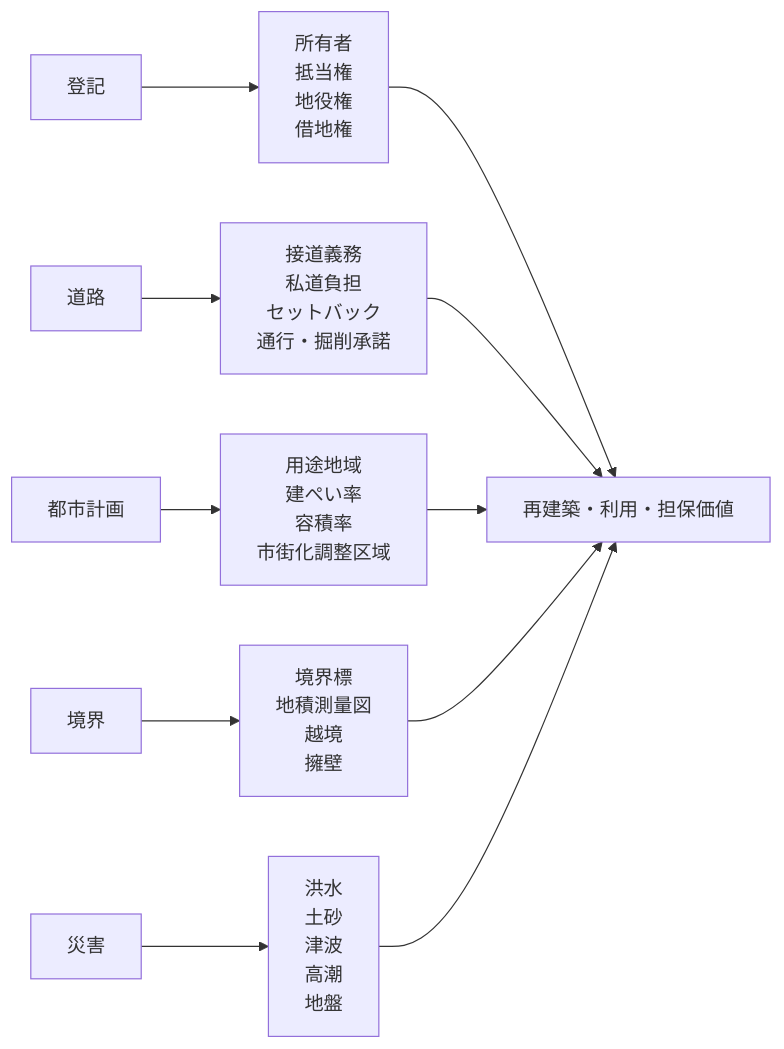
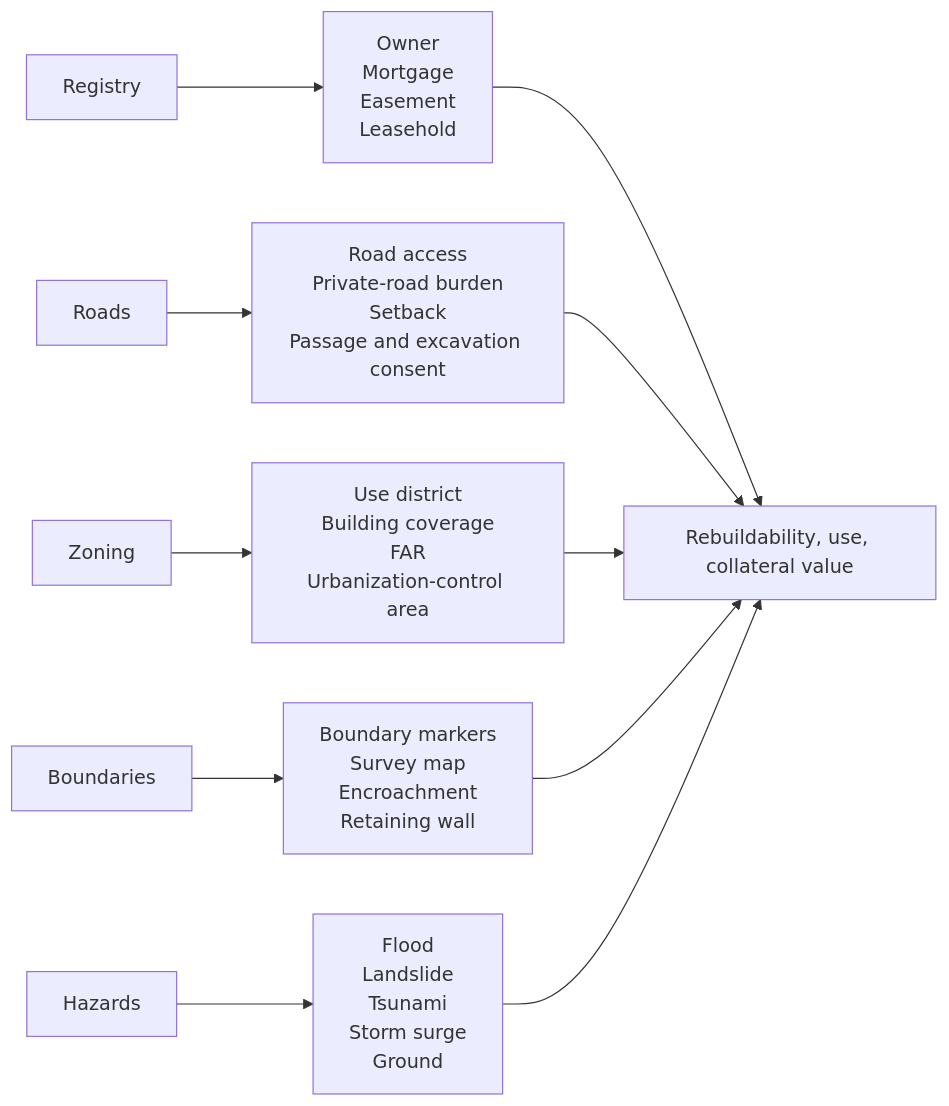
One commit to daylight55/research changed the second of 2 diagrams in content/blog/en/detached-house-purchase-checklist.mdx. Above: the diagram before and after it, drawn with Mermaid. The commit also changed other lines of this file and 26 other files, not shown here.

Commit message:
Translate English Mermaid labels

````diff
--- a/content/blog/en/detached-house-purchase-checklist.mdx
+++ b/content/blog/en/detached-house-purchase-checklist.mdx
@@ -115,13 +115,13 @@
 ```mermaid
 flowchart LR
-  A["登記"] --> A1["所有者<br/>抵当権<br/>地役権<br/>借地権"]
-  B["道路"] --> B1["接道義務<br/>私道負担<br/>セットバック<br/>通行・掘削承諾"]
-  C["都市計画"] --> C1["用途地域<br/>建ぺい率<br/>容積率<br/>市街化調整区域"]
-  D["境界"] --> D1["境界標<br/>地積測量図<br/>越境<br/>擁壁"]
-  E["災害"] --> E1["洪水<br/>土砂<br/>津波<br/>高潮<br/>地盤"]
-  A1 --> F["再建築・利用・担保価値"]
+  A["Registry"] --> A1["Owner<br/>Mortgage<br/>Easement<br/>Leasehold"]
+  B["Roads"] --> B1["Road access<br/>Private-road burden<br/>Setback<br/>Passage and excavation consent"]
+  C["Zoning"] --> C1["Use district<br/>Building coverage<br/>FAR<br/>Urbanization-control area"]
+  D["Boundaries"] --> D1["Boundary markers<br/>Survey map<br/>Encroachment<br/>Retaining wall"]
+  E["Hazards"] --> E1["Flood<br/>Landslide<br/>Tsunami<br/>Storm surge<br/>Ground"]
+  A1 --> F["Rebuildability, use, collateral value"]
   B1 --> F
   C1 --> F
   D1 --> F
   E1 --> F
 ```
````
